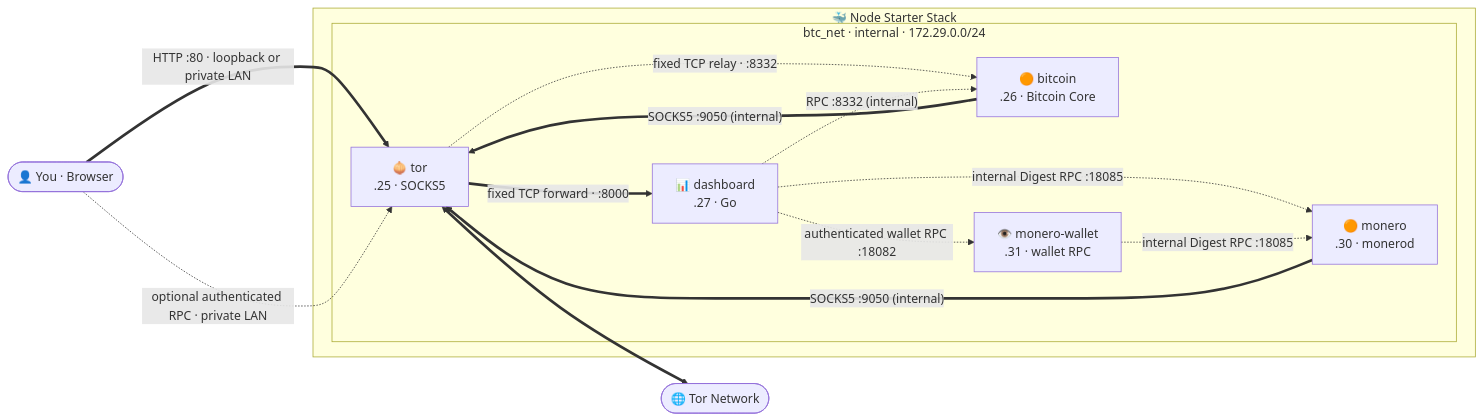
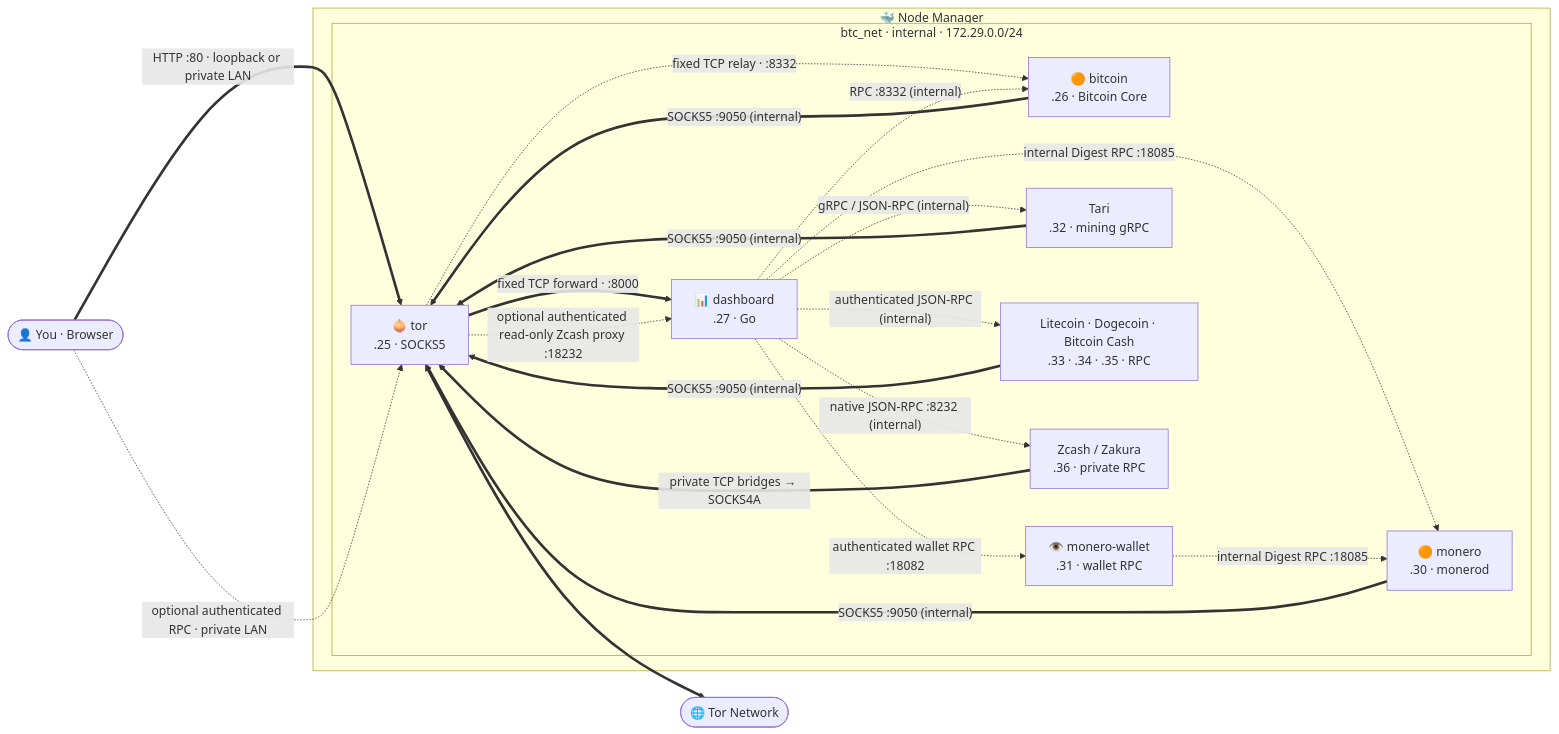
One commit to VijitSingh97/bitcoin-starter-stack changed the diagram in docs/architecture.md. Above: the diagram before and after it, drawn with Mermaid. The commit also changed other lines of this file and 106 other files, not shown here.

Commit message:
Add seven-node runtime and Node Manager dashboard

````diff
--- a/docs/architecture.md
+++ b/docs/architecture.md
@@ -6,27 +6,37 @@
 ```mermaid
 flowchart LR
     You(["👤 You · Browser"])
     Net(["🌐 Tor Network"])
 
-    subgraph stack ["🐳 Node Starter Stack"]
+    subgraph stack ["🐳 Node Manager"]
       subgraph internal ["btc_net · internal · 172.29.0.0/24"]
         Dashboard["📊 dashboard<br/>.27 · Go"]
         Bitcoin["🟠 bitcoin<br/>.26 · Bitcoin Core"]
         Monero["🟠 monero<br/>.30 · monerod"]
         MoneroWallet["👁️ monero-wallet<br/>.31 · wallet RPC"]
+        Tari["Tari<br/>.32 · mining gRPC"]
+        OtherNodes["Litecoin · Dogecoin · Bitcoin Cash<br/>.33 · .34 · .35 · RPC"]
+        Zcash["Zcash / Zakura<br/>.36 · private RPC"]
         Tor["🧅 tor<br/>.25 · SOCKS5"]
       end
     end
 
     You ==>|"HTTP :80 · loopback or private LAN"| Tor
     Tor ==>|"fixed TCP forward · :8000"| Dashboard
     You -.->|"optional authenticated RPC · private LAN"| Tor
     Tor -.->|"fixed TCP relay · :8332"| Bitcoin
     Dashboard -.->|"RPC :8332 (internal)"| Bitcoin
     Dashboard -.->|"internal Digest RPC :18085"| Monero
     Dashboard -.->|"authenticated wallet RPC :18082"| MoneroWallet
     MoneroWallet -.->|"internal Digest RPC :18085"| Monero
     Bitcoin ==>|"SOCKS5 :9050 (internal)"| Tor
     Monero ==>|"SOCKS5 :9050 (internal)"| Tor
+    Tari ==>|"SOCKS5 :9050 (internal)"| Tor
+    OtherNodes ==>|"SOCKS5 :9050 (internal)"| Tor
+    Zcash ==>|"private TCP bridges → SOCKS4A"| Tor
+    Dashboard -.->|"gRPC / JSON-RPC (internal)"| Tari
+    Dashboard -.->|"authenticated JSON-RPC (internal)"| OtherNodes
+    Dashboard -.->|"native JSON-RPC :8232 (internal)"| Zcash
+    Tor -.->|"optional authenticated read-only Zcash proxy :18232"| Dashboard
     Tor <==> Net
 ```
````
